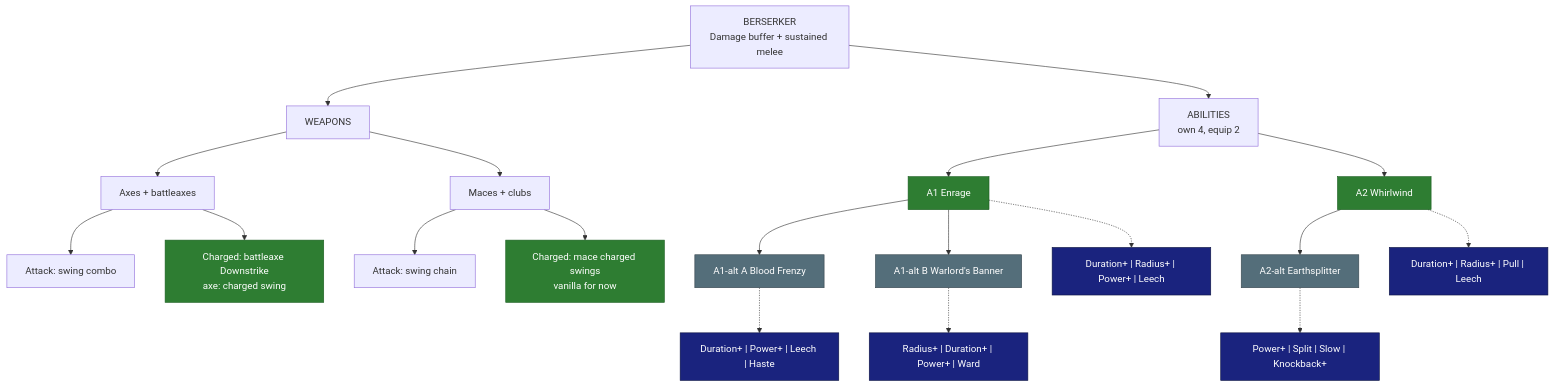
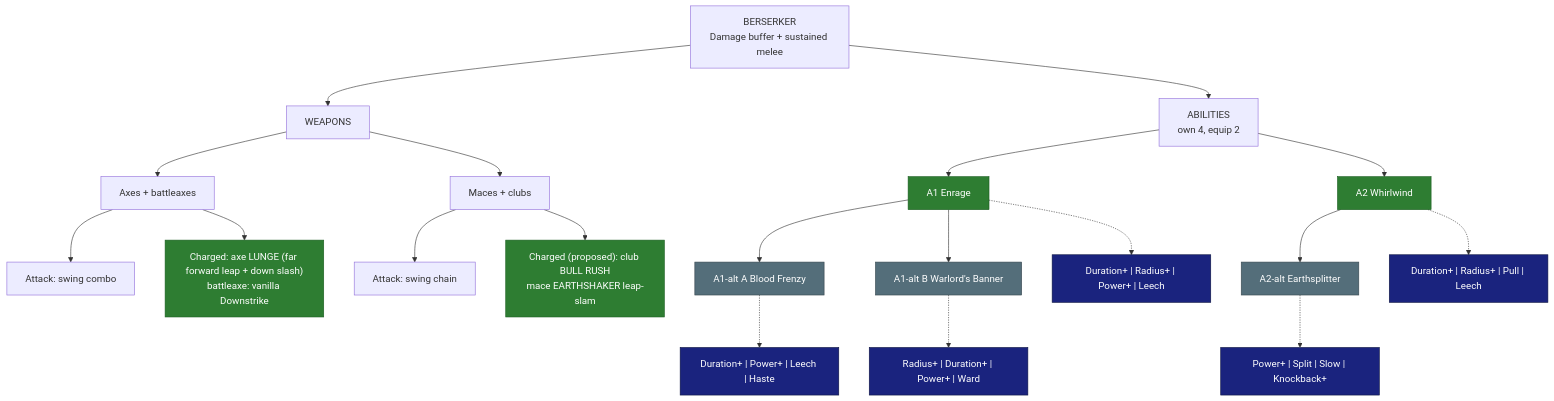
One commit to SkyyPlayz/SkyyWynnBlock changed the diagram in research/classes/Berserker.md. Above: the diagram before and after it, drawn with Mermaid. The commit also changed other lines of this file and 2 other files, not shown here.

Commit message:
Berserker: axe Lunge; propose Bull Rush (clubs) + Earthshaker (maces)

````diff
--- a/research/classes/Berserker.md
+++ b/research/classes/Berserker.md
@@ -16,29 +16,29 @@
 ```mermaid
 flowchart TD
   CLS["BERSERKER<br/>Damage buffer + sustained melee"]
   CLS --> WPN["WEAPONS"]
   CLS --> ABL["ABILITIES<br/>own 4, equip 2"]
   WPN --> AX["Axes + battleaxes"]
   AX --> AXa["Attack: swing combo"]
-  AX --> AXc["Charged: battleaxe Downstrike<br/>axe: charged swing"]
+  AX --> AXc["Charged: axe LUNGE (far forward leap + down slash)<br/>battleaxe: vanilla Downstrike"]
   WPN --> MC["Maces + clubs"]
   MC --> MCa["Attack: swing chain"]
-  MC --> MCc["Charged: mace charged swings<br/>vanilla for now"]
+  MC --> MCc["Charged (proposed): club BULL RUSH<br/>mace EARTHSHAKER leap-slam"]
   ABL --> A1["A1 Enrage"]
   A1 --> A1A["A1-alt A Blood Frenzy"]
   A1 --> A1B["A1-alt B Warlord's Banner"]
   ABL --> A2["A2 Whirlwind"]
   A2 --> A2X["A2-alt Earthsplitter"]
   A1 -.-> M1["Duration+ | Radius+ | Power+ | Leech"]
   A1A -.-> M2["Duration+ | Power+ | Leech | Haste"]
   A1B -.-> M3["Radius+ | Duration+ | Power+ | Ward"]
   A2 -.-> M4["Duration+ | Radius+ | Pull | Leech"]
   A2X -.-> M5["Power+ | Split | Slow | Knockback+"]
   classDef locked fill:#2e7d32,color:#fff,stroke:#1b5e20
   classDef proposed fill:#546e7a,color:#fff,stroke:#37474f
   classDef open fill:#e65100,color:#fff,stroke:#bf360c
   classDef mods fill:#1a237e,color:#fff,stroke:#0d1442
   class A1,A2,AXc,MCc locked
   class A1A,A1B,A2X proposed
   class M1,M2,M3,M4,M5 mods
 ```
````
